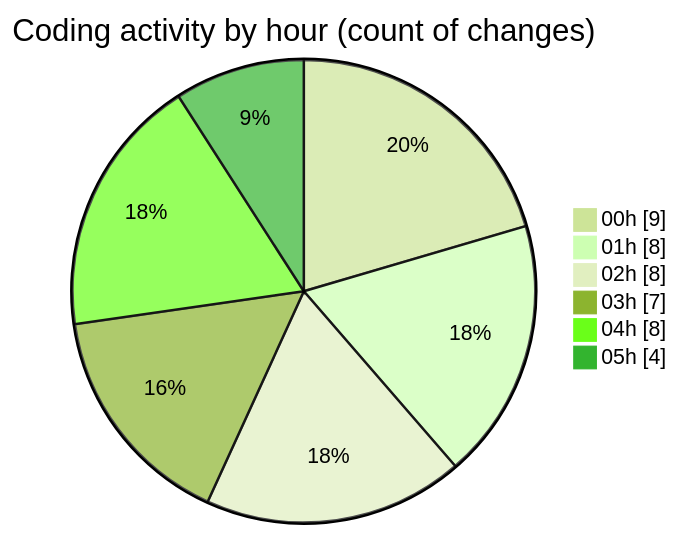
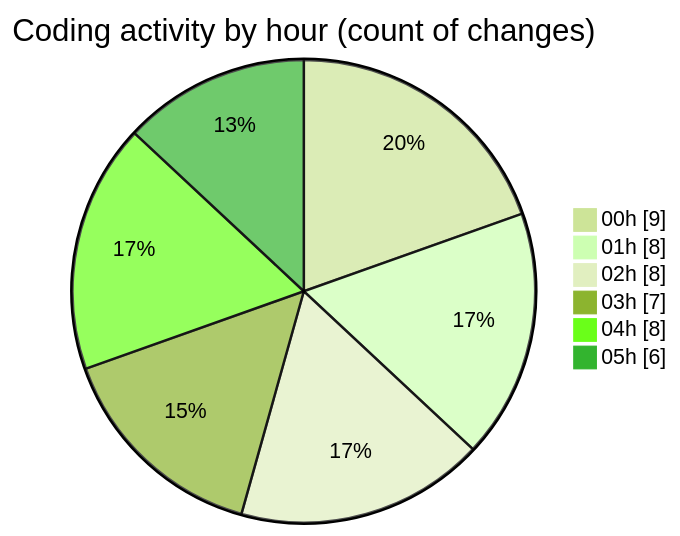
One commit to jrari/code-tracking changed the second of 2 diagrams in 2025-07-14/telebot/README.md. Above: the diagram before and after it, drawn with Mermaid (forest theme). The commit also changed other lines of this file and 1 other file, not shown here.

````diff
--- a/2025-07-14/telebot/README.md
+++ b/2025-07-14/telebot/README.md
@@ -49,10 +49,10 @@
 ```mermaid
 pie showData
 title Coding activity by hour (count of changes)
 "00h" : 9
 "01h" : 8
 "02h" : 8
 "03h" : 7
 "04h" : 8
-"05h" : 4
+"05h" : 6
 ```
````
